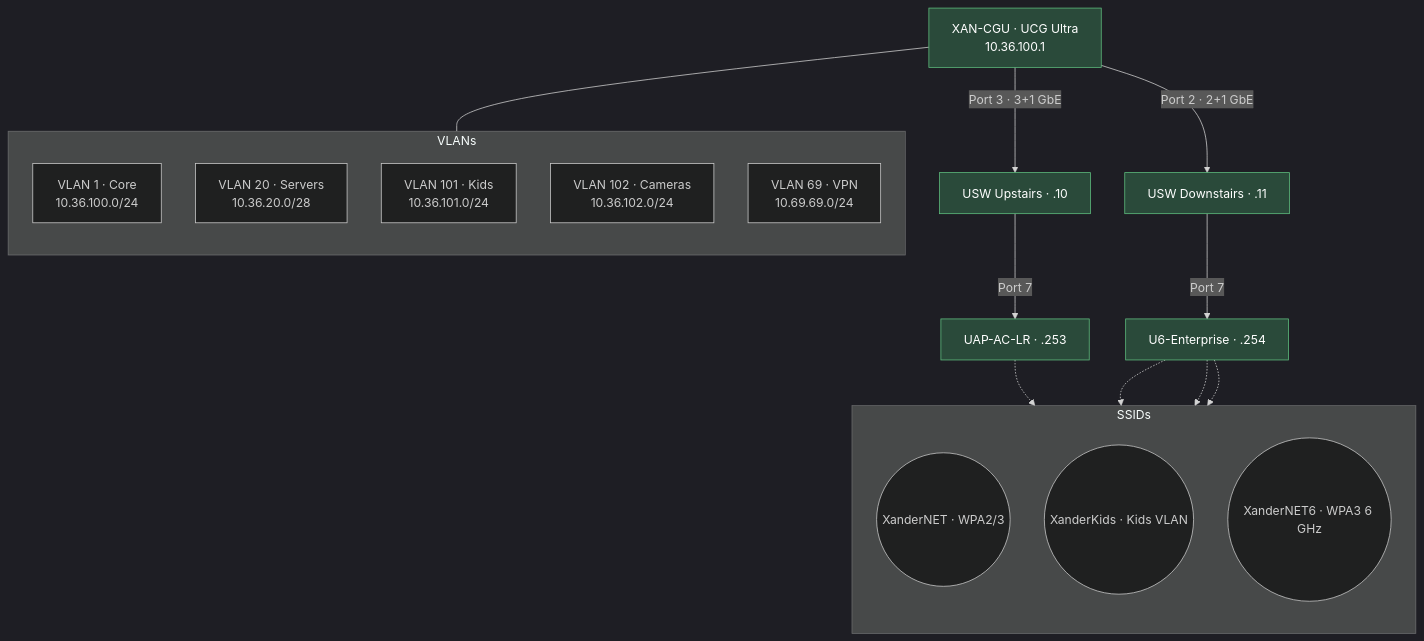
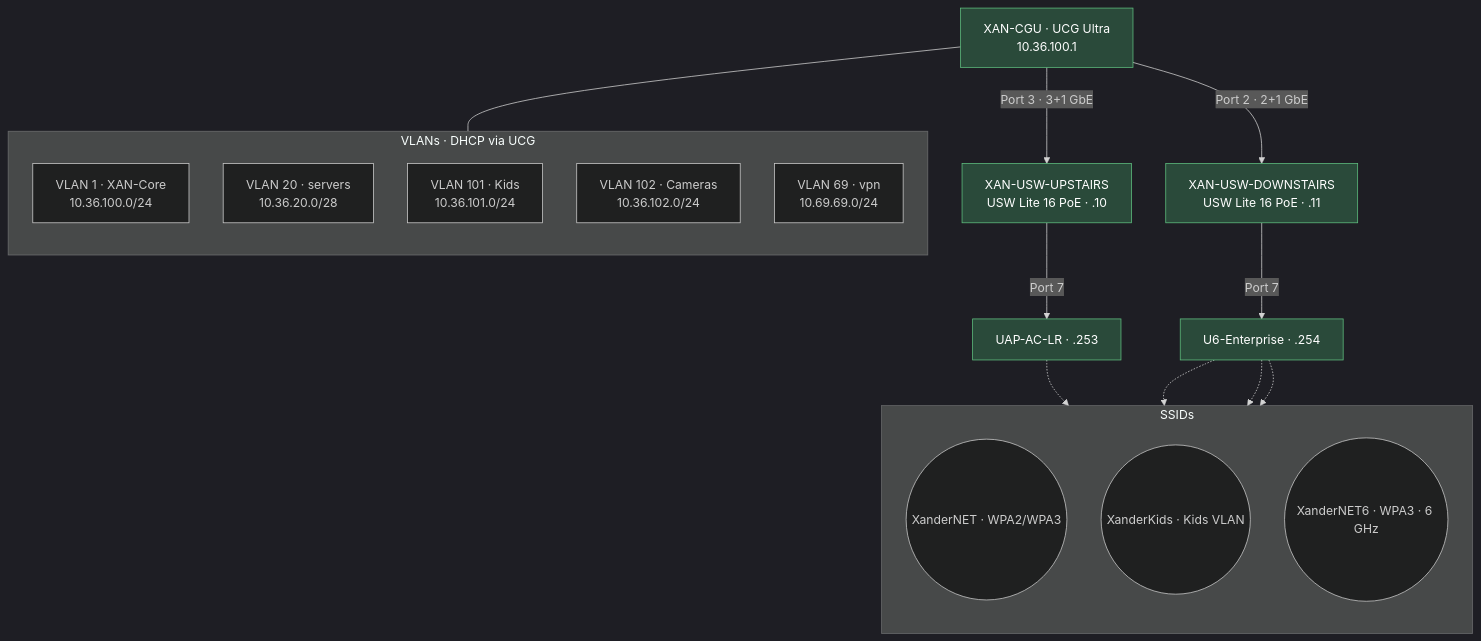
One commit to Xanderlicious/mkdocs changed the second of 5 diagrams in docs/homelabinfra.md. Above: the diagram before and after it, drawn with Mermaid. The commit also changed other lines of this file, not shown here.

Commit message:
updated the mermaid code again

````diff
--- a/docs/homelabinfra.md
+++ b/docs/homelabinfra.md
@@ -44,36 +43,38 @@
 ```mermaid
 %%{init: {'theme':'dark','flowchart':{'nodeSpacing':45,'rankSpacing':60}}}%%
 flowchart TB
     CGU[XAN-CGU · UCG Ultra<br/>10.36.100.1]:::net
-    SWU[USW Upstairs · .10]:::net
-    SWD[USW Downstairs · .11]:::net
+    SWU[XAN-USW-UPSTAIRS<br/>USW Lite 16 PoE · .10]:::net
+    SWD[XAN-USW-DOWNSTAIRS<br/>USW Lite 16 PoE · .11]:::net
     AP1[UAP-AC-LR · .253]:::net
     AP2[U6-Enterprise · .254]:::net
 
     CGU -- "Port 3 · 3+1 GbE" --> SWU
     CGU -- "Port 2 · 2+1 GbE" --> SWD
     SWU -- "Port 7" --> AP1
     SWD -- "Port 7" --> AP2
 
-    subgraph VLANS[VLANs]
+    subgraph VLANS[VLANs · DHCP via UCG]
         direction TB
-        V1[VLAN 1 · Core<br/>10.36.100.0/24]
-        V20[VLAN 20 · Servers<br/>10.36.20.0/28]
+        V1[VLAN 1 · XAN-Core<br/>10.36.100.0/24]
+        V20[VLAN 20 · servers<br/>10.36.20.0/28]
         V101[VLAN 101 · Kids<br/>10.36.101.0/24]
         V102[VLAN 102 · Cameras<br/>10.36.102.0/24]
-        V69[VLAN 69 · VPN<br/>10.69.69.0/24]
+        V69[VLAN 69 · vpn<br/>10.69.69.0/24]
     end
 
     subgraph SSIDS[SSIDs]
         direction TB
-        S1((XanderNET · WPA2/3))
+        S1((XanderNET · WPA2/WPA3))
         S2((XanderKids · Kids VLAN))
-        S3((XanderNET6 · WPA3 6 GHz))
+        S3((XanderNET6 · WPA3 · 6 GHz))
     end
 
     CGU --- VLANS
     AP1 -.-> S1
-    AP2 -.-> S1 & S2 & S3
+    AP2 -.-> S1
+    AP2 -.-> S2
+    AP2 -.-> S3
 
     classDef net fill:#2a4a3a,stroke:#5fbf7f,color:#fff
 ```
````
